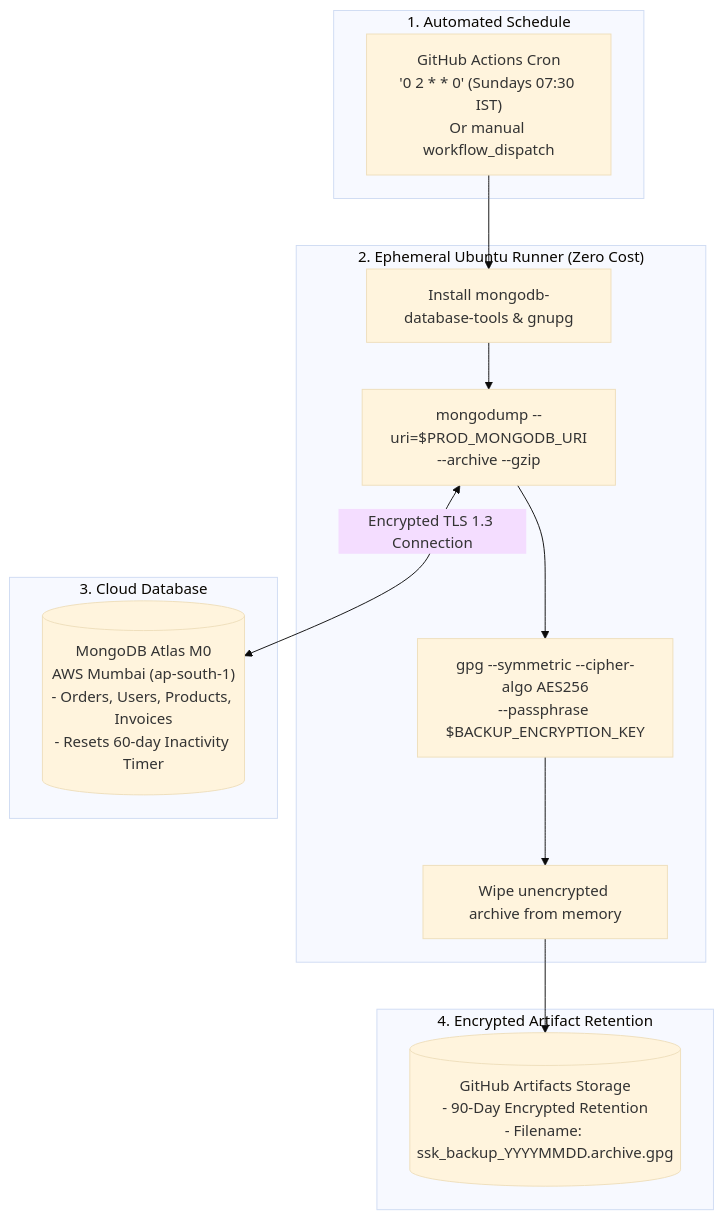
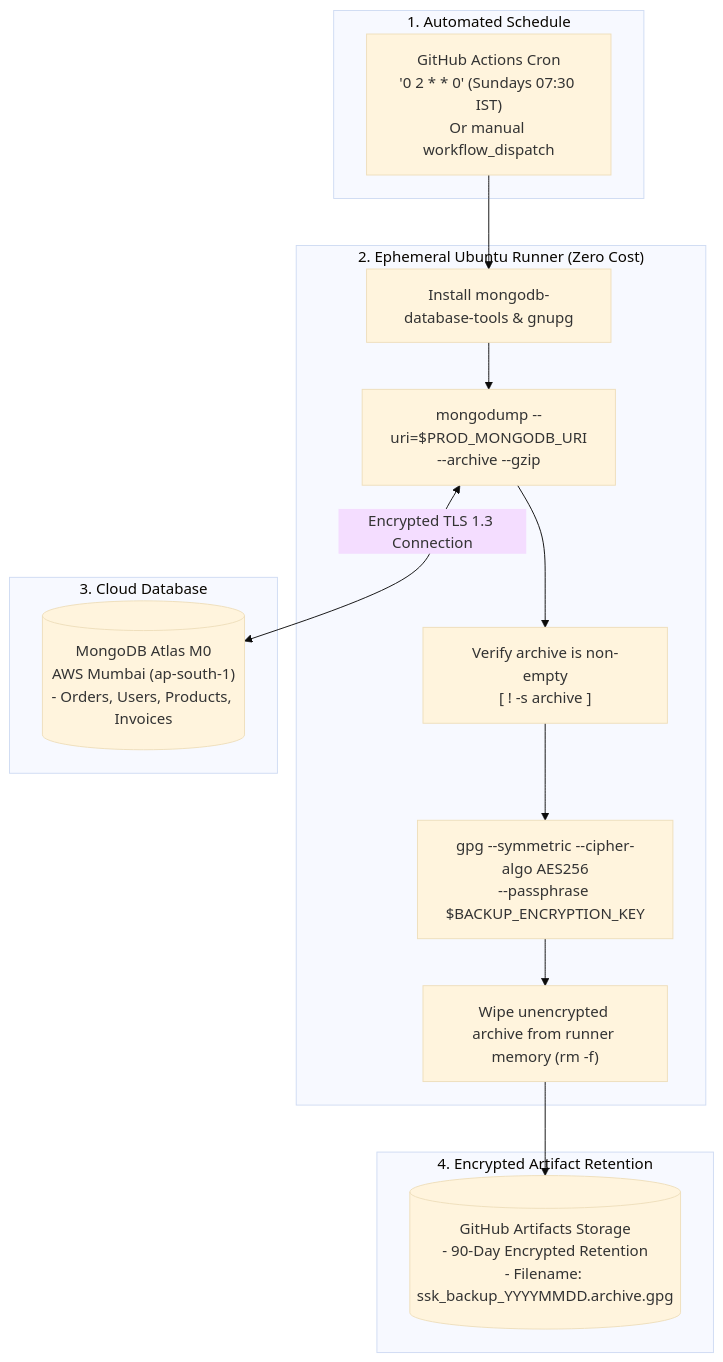
One commit to venkatasivanagasaikumar/sree-sai-krishna-collections changed the diagram in SSK_BACKUP_AND_RECOVERY_RUNBOOK.md. Above: the diagram before and after it, drawn with Mermaid (base theme). The commit also changed other lines of this file and 2 other files, not shown here.

````diff
--- a/SSK_BACKUP_AND_RECOVERY_RUNBOOK.md
+++ b/SSK_BACKUP_AND_RECOVERY_RUNBOOK.md
@@ -25,28 +32,30 @@
 ```mermaid
 flowchart TD
     subgraph Scheduled_Trigger["1. Automated Schedule"]
         Cron["GitHub Actions Cron\n'0 2 * * 0' (Sundays 07:30 IST)\nOr manual workflow_dispatch"]
     end
 
     subgraph GitHub_Runner["2. Ephemeral Ubuntu Runner (Zero Cost)"]
         Tools["Install mongodb-database-tools & gnupg"]
         Dump["mongodump --uri=$PROD_MONGODB_URI\n--archive --gzip"]
+        VerifyDump["Verify archive is non-empty\n[ ! -s archive ]"]
         Encrypt["gpg --symmetric --cipher-algo AES256\n--passphrase $BACKUP_ENCRYPTION_KEY"]
-        Clean["Wipe unencrypted archive from memory"]
+        Clean["Wipe unencrypted archive from runner memory (rm -f)"]
         
         Cron --> Tools
         Tools --> Dump
-        Dump --> Encrypt
+        Dump --> VerifyDump
+        VerifyDump --> Encrypt
         Encrypt --> Clean
     end
 
     subgraph Atlas_Cloud["3. Cloud Database"]
-        Atlas[("MongoDB Atlas M0\nAWS Mumbai (ap-south-1)\n- Orders, Users, Products, Invoices\n- Resets 60-day Inactivity Timer")]
+        Atlas[("MongoDB Atlas M0\nAWS Mumbai (ap-south-1)\n- Orders, Users, Products, Invoices")]
         Dump <-->|Encrypted TLS 1.3 Connection| Atlas
     end
 
     subgraph Secure_Storage["4. Encrypted Artifact Retention"]
         Artifacts[("GitHub Artifacts Storage\n- 90-Day Encrypted Retention\n- Filename: ssk_backup_YYYYMMDD.archive.gpg")]
         Clean --> Artifacts
     end
 ```
````
